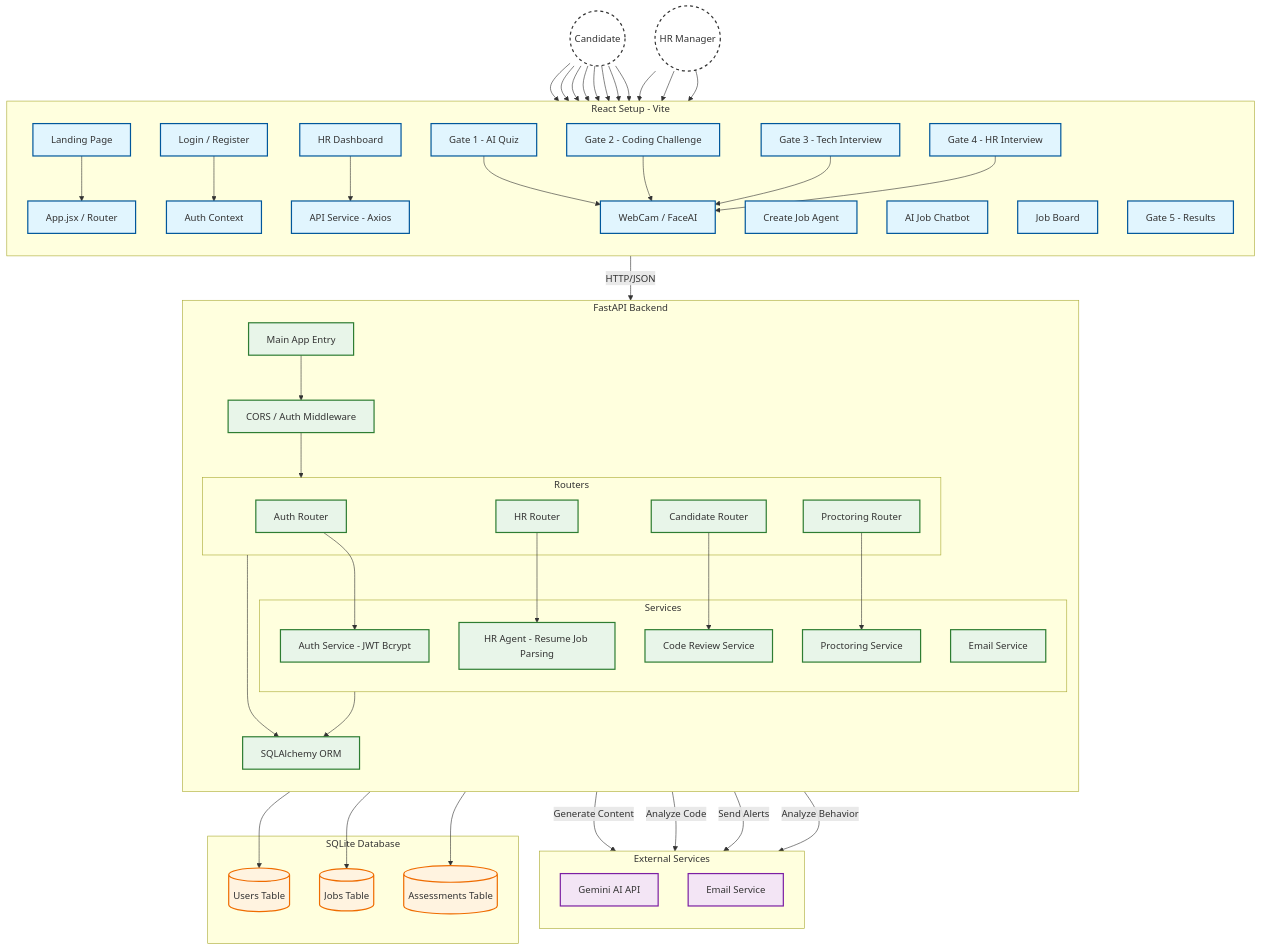
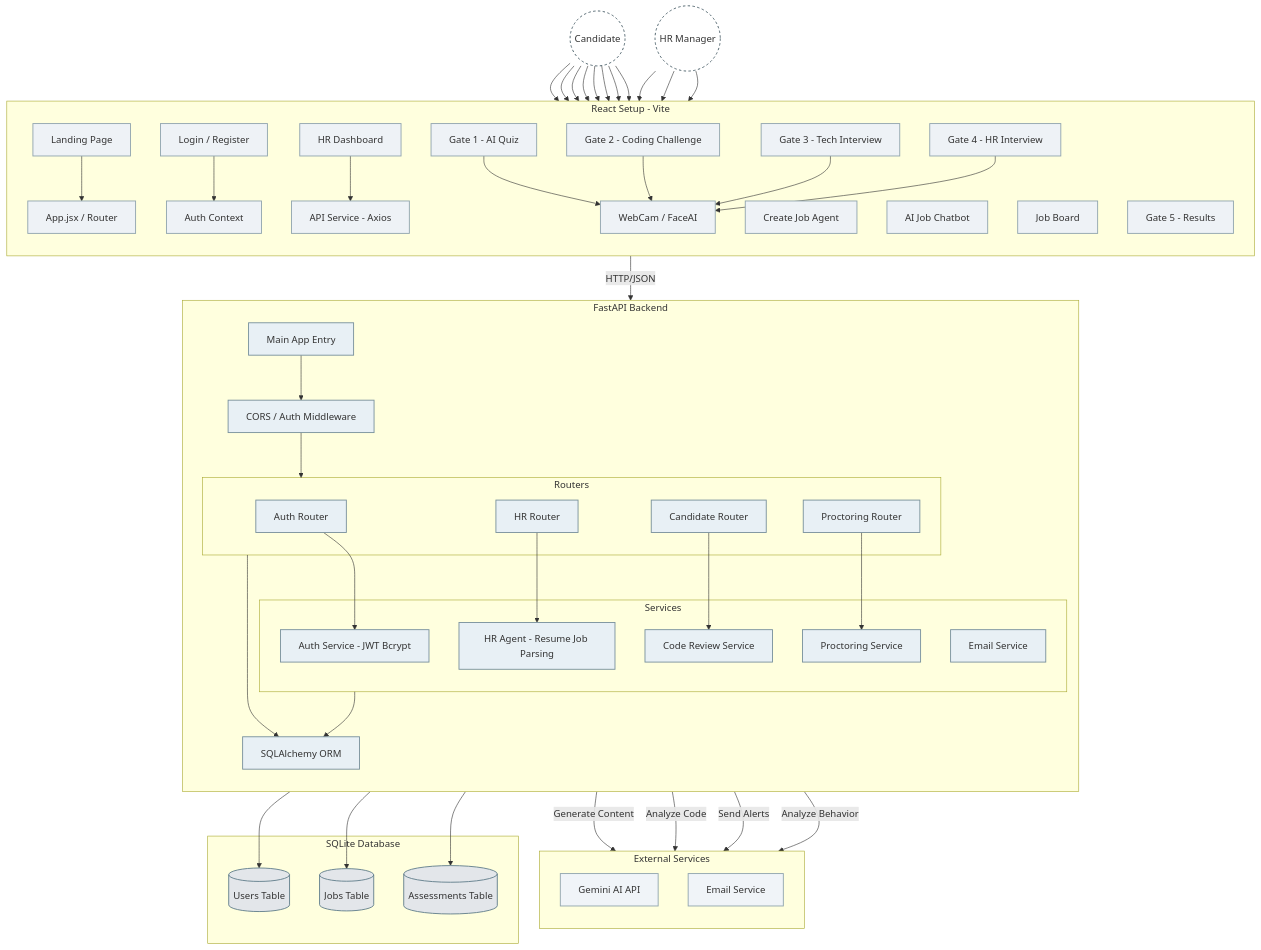
The diagram in SYSTEM_ARCHITECTURE.md (SIBAM890/Hirelens-Agent), drawn with Mermaid before and after one commit.

Commit message:
Revise class definitions for architecture diagram
Updated styling for architecture diagram in Mermaid syntax.

````diff
--- a/SYSTEM_ARCHITECTURE.md
+++ b/SYSTEM_ARCHITECTURE.md
@@ -8,11 +8,12 @@
 ```mermaid
 graph TD
     %% Styling
-    classDef frontend fill:#e1f5fe,stroke:#01579b,stroke-width:2px;
-    classDef backend fill:#e8f5e9,stroke:#2e7d32,stroke-width:2px;
-    classDef database fill:#fff3e0,stroke:#ef6c00,stroke-width:2px;
-    classDef external fill:#f3e5f5,stroke:#7b1fa2,stroke-width:2px;
-    classDef actor fill:#fff,stroke:#333,stroke-width:2px,stroke-dasharray: 5 5;
+classDef frontend fill:#eef2f6,stroke:#90a4ae,stroke-width:1.5px;
+classDef backend fill:#e8f0f5,stroke:#78909c,stroke-width:1.5px;
+classDef database fill:#e3e6ea,stroke:#607d8b,stroke-width:1.5px;
+classDef external fill:#f0f4f8,stroke:#90a4ae,stroke-width:1.5px;
+classDef actor fill:#ffffff,stroke:#455a64,stroke-width:1.5px,stroke-dasharray: 4 4;
+
 
     %% Actors
     User((Candidate)):::actor
````
